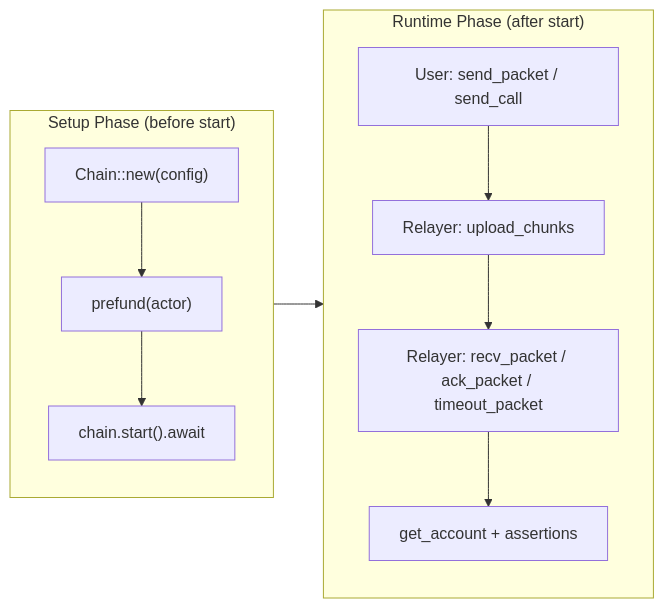
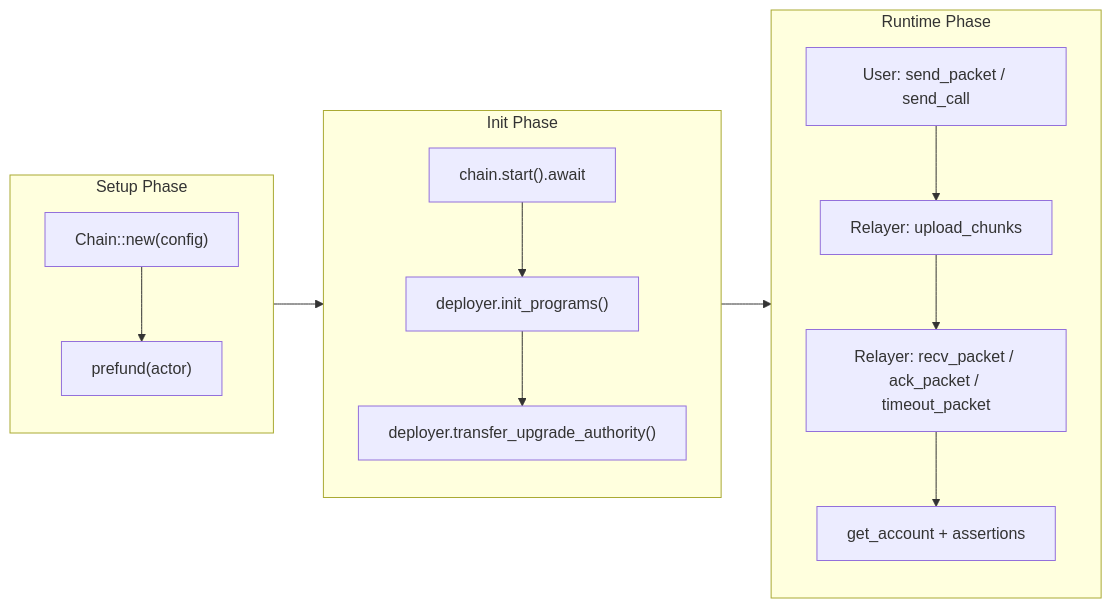
Before and after one commit to cosmos/solidity-ibc-eureka: the second of 8 diagrams in programs/solana/integration-tests/README.md, drawn with Mermaid. The commit also changed other lines of this file and 41 other files, not shown here.

First line of the commit message:
refactor(solana/integration-tests): explicit init and minimal ChainConfig

````diff
--- a/programs/solana/integration-tests/README.md
+++ b/programs/solana/integration-tests/README.md
@@ -52,17 +54,22 @@
 ```mermaid
 flowchart LR
-    subgraph Setup["Setup Phase (before start)"]
+    subgraph Setup["Setup Phase"]
         direction TB
         New["Chain::new(config)"] --> Prefund["prefund(actor)"]
-        Prefund --> Start["chain.start().await"]
     end
 
-    subgraph Runtime["Runtime Phase (after start)"]
+    subgraph Init["Init Phase"]
+        direction TB
+        Start["chain.start().await"] --> InitProg["deployer.init_programs()"]
+        InitProg --> XferAuth["deployer.transfer_upgrade_authority()"]
+    end
+
+    subgraph Runtime["Runtime Phase"]
         direction TB
         Send["User: send_packet / send_call"] --> Upload["Relayer: upload_chunks"]
         Upload --> Deliver["Relayer: recv_packet / ack_packet / timeout_packet"]
         Deliver --> Verify["get_account + assertions"]
     end
 
-    Setup --> Runtime
+    Setup --> Init --> Runtime
 ```
````
